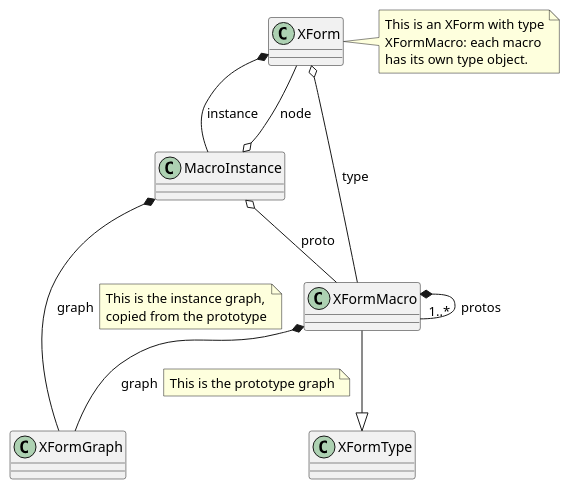
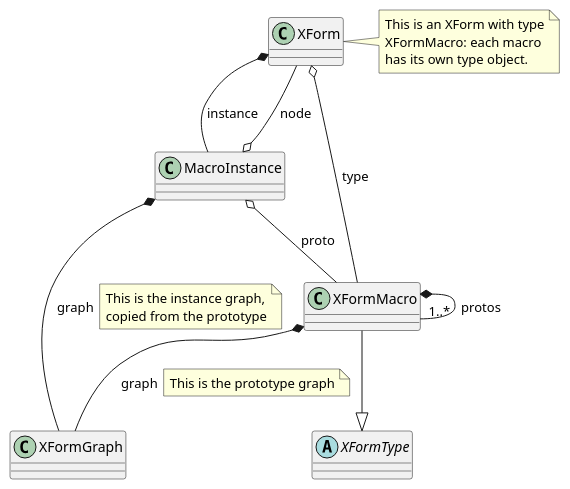
Before and after one commit to AU-ExoMars/PCOT: the diagram in docs/macros.plantuml, drawn with PlantUML. The commit also changed 13 other files, not shown here.

```diff
--- a/docs/macros.plantuml
+++ b/docs/macros.plantuml
@@ -1,28 +1,31 @@
 @startuml
 skinparam classAttributeIconSize 0
+
+abstract class XFormType {
+}
 
 MacroInstance o-- XFormMacro:proto
 XFormMacro --|> XFormType
 
 MacroInstance *-- XFormGraph:graph
 note right on link
 This is the instance graph,
 copied from the prototype
 end note
 MacroInstance o-- XForm:node
 
 XFormMacro *-- XFormGraph:graph
 note right on link
 This is the prototype graph
 end note
 XFormMacro *-- "1..*" XFormMacro:protos
 
 XForm *-- MacroInstance:instance
 XForm o-- XFormMacro:type
 note right of XForm
 This is an XForm with type
 XFormMacro: each macro
 has its own type object.
 end note
 
 @enduml
```
